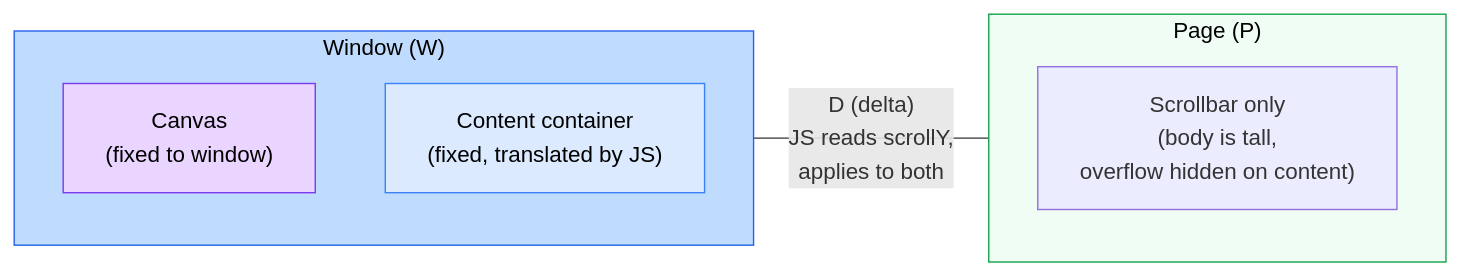
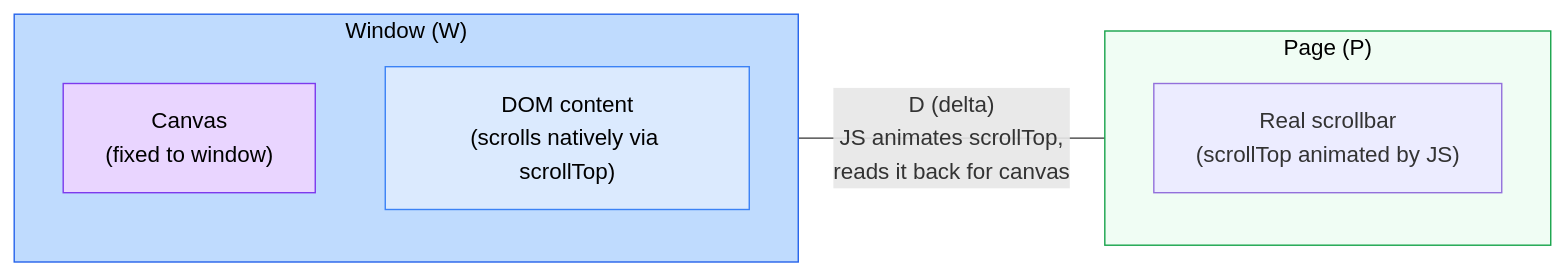
One commit to joyco-studio/registry changed the fourth of 11 diagrams in content/logs/08-webgl-scroll-sync.mdx. Above: the diagram before and after it, drawn with Mermaid. The commit also changed other lines of this file, not shown here.

First line of the commit message:
Rewrite Approach 1 around Lenis, drop older scroll hijack libraries

````diff
--- a/content/logs/08-webgl-scroll-sync.mdx
+++ b/content/logs/08-webgl-scroll-sync.mdx
@@ -143,20 +143,20 @@
 ```mermaid
 flowchart LR
     subgraph viewport ["Window (W)"]
         direction TB
         CANVAS["Canvas<br/>(fixed to window)"]
-        CONTENT["Content container<br/>(fixed, translated by JS)"]
+        CONTENT["DOM content<br/>(scrolls natively via scrollTop)"]
     end
 
     subgraph page ["Page (P)"]
         direction TB
-        SCROLL["Scrollbar only<br/>(body is tall,<br/>overflow hidden on content)"]
+        SCROLL["Real scrollbar<br/>(scrollTop animated by JS)"]
     end
 
-    viewport ---|"D (delta)<br/>JS reads scrollY,<br/>applies to both"| page
+    viewport ---|"D (delta)<br/>JS animates scrollTop,<br/>reads it back for canvas"| page
 
     style viewport fill:#bfdbfe,stroke:#2563eb,color:#000
     style page fill:#f0fdf4,stroke:#16a34a,color:#000
     style CANVAS fill:#e9d5ff,stroke:#7c3aed,color:#000
     style CONTENT fill:#dbeafe,stroke:#3b82f6,color:#000
 ```
````
